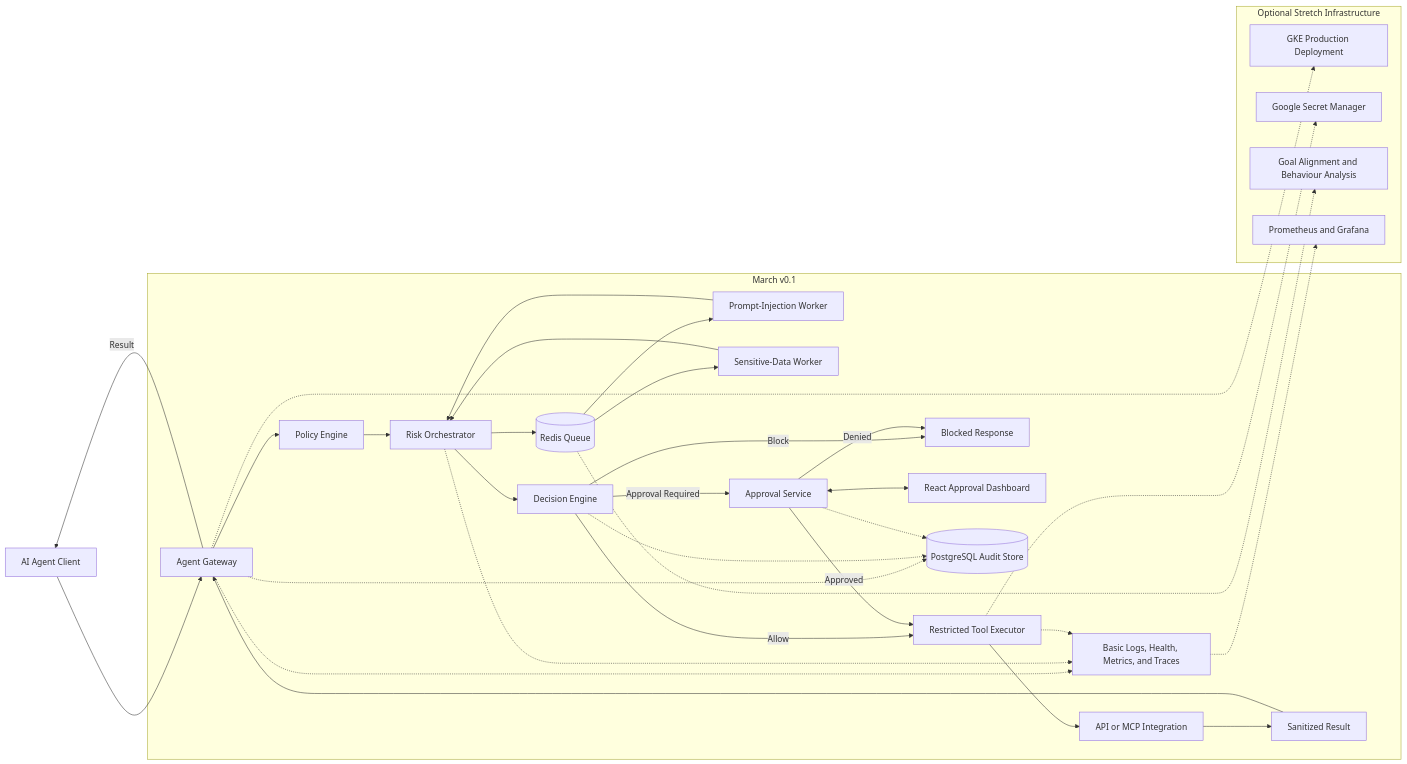
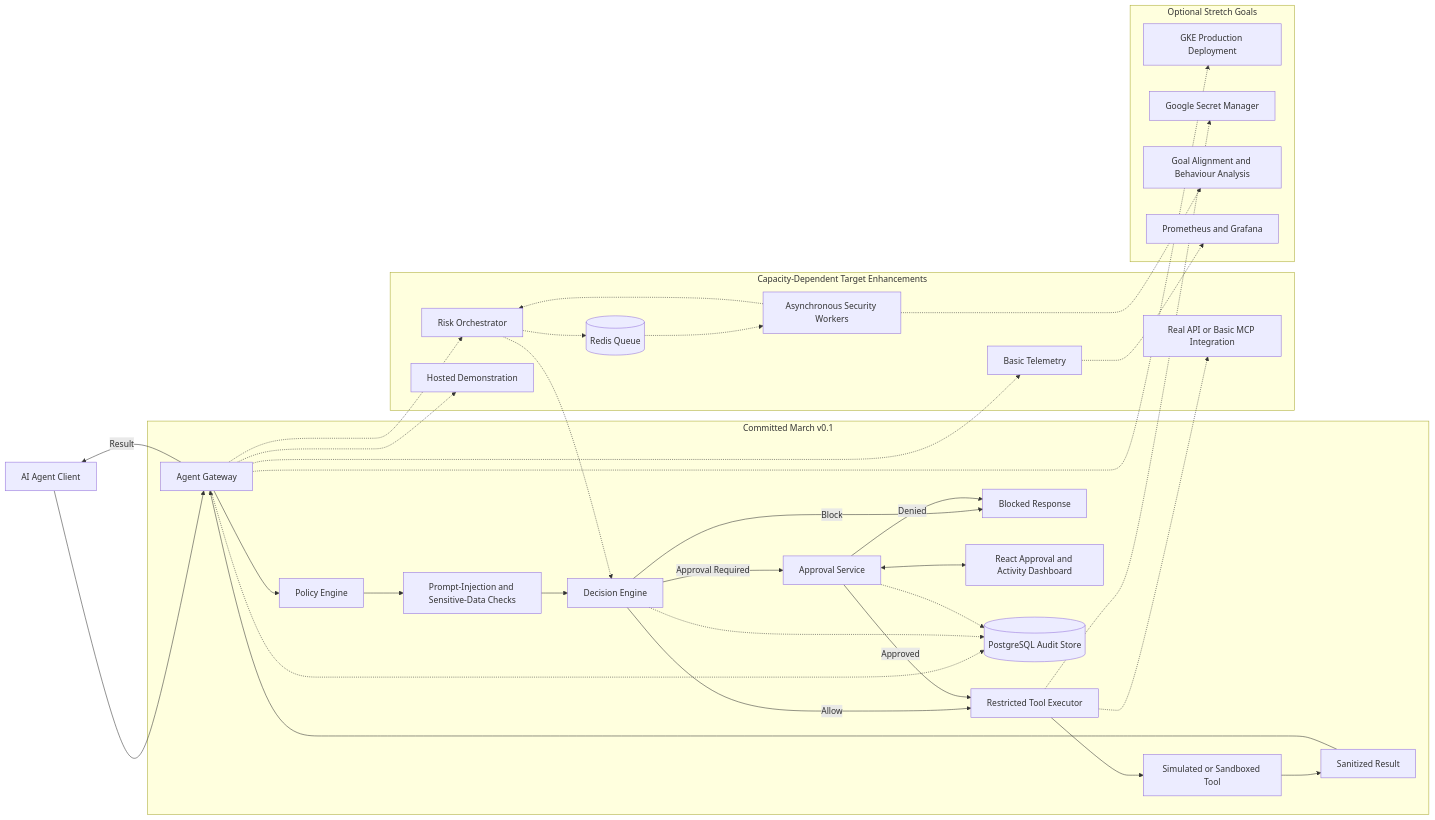
The second of 2 diagrams in README.md (DSC-McMaster-U/agent-guard), drawn with Mermaid before and after one commit. The commit also changed other lines of this file and 1 other file, not shown here.

Commit message:
Separate committed scope from optional architecture (#18)

````diff
--- a/README.md
+++ b/README.md
@@ -89,46 +89,56 @@
 ```mermaid
 flowchart LR
     A[AI Agent Client]
 
-    subgraph V01[March v0.1]
+    subgraph COMMITTED[Committed March v0.1]
         G[Agent Gateway]
         G --> P[Policy Engine]
-        P --> RO[Risk Orchestrator]
-        RO --> Q[(Redis Queue)]
-        Q --> PI[Prompt-Injection Worker]
-        Q --> SD[Sensitive-Data Worker]
-        PI --> RO
-        SD --> RO
-        RO --> D[Decision Engine]
+        P --> S[Prompt-Injection and Sensitive-Data Checks]
+        S --> D[Decision Engine]
         D -->|Allow| E[Restricted Tool Executor]
         D -->|Block| B[Blocked Response]
         D -->|Approval Required| AP[Approval Service]
-        AP <--> UI[React Approval Dashboard]
+        AP <--> UI[React Approval and Activity Dashboard]
         AP -->|Approved| E
         AP -->|Denied| B
         G -.-> DB[(PostgreSQL Audit Store)]
         D -.-> DB
         AP -.-> DB
-        E --> I[API or MCP Integration]
-        I --> SR[Sanitized Result]
+        E --> T[Simulated or Sandboxed Tool]
+        T --> SR[Sanitized Result]
         SR --> G
-        G -.-> OT[Basic Logs, Health, Metrics, and Traces]
-        RO -.-> OT
-        E -.-> OT
     end
 
     A --> G
     G -->|Result| A
 
-    subgraph STRETCH[Optional Stretch Infrastructure]
+    subgraph TARGET[Capacity-Dependent Target Enhancements]
+        RO[Risk Orchestrator]
+        Q[(Redis Queue)]
+        W[Asynchronous Security Workers]
+        I[Real API or Basic MCP Integration]
+        OT[Basic Telemetry]
+        HD[Hosted Demonstration]
+        RO -.-> Q
+        Q -.-> W
+        W -.-> RO
+    end
+
+    G -.-> RO
+    RO -.-> D
+    E -.-> I
+    G -.-> OT
+    G -.-> HD
+
+    subgraph STRETCH[Optional Stretch Goals]
         GKE[GKE Production Deployment]
         SM[Google Secret Manager]
         ADV[Goal Alignment and Behaviour Analysis]
         MON[Prometheus and Grafana]
     end
 
     G -.-> GKE
     E -.-> SM
-    Q -.-> ADV
+    W -.-> ADV
     OT -.-> MON
 ```
````
